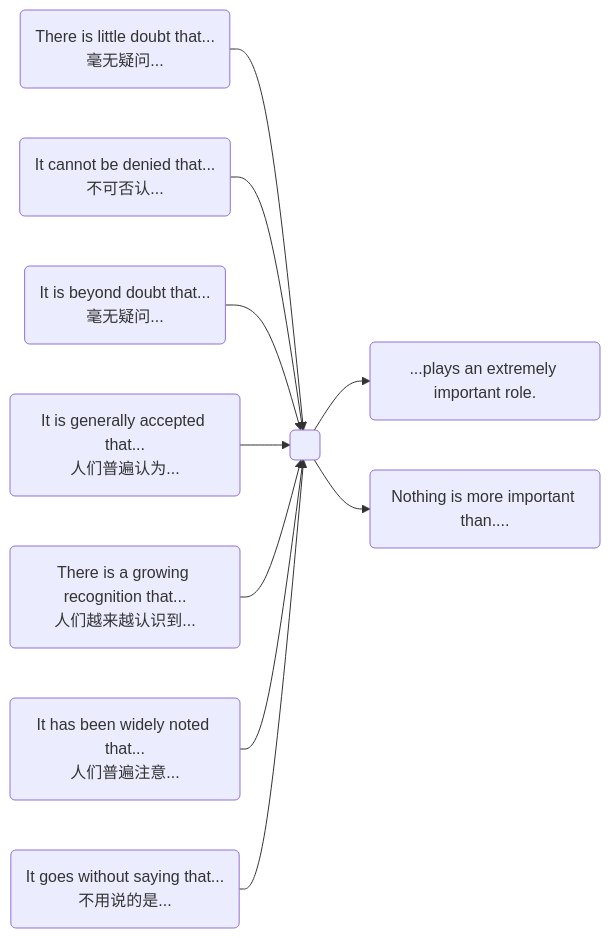
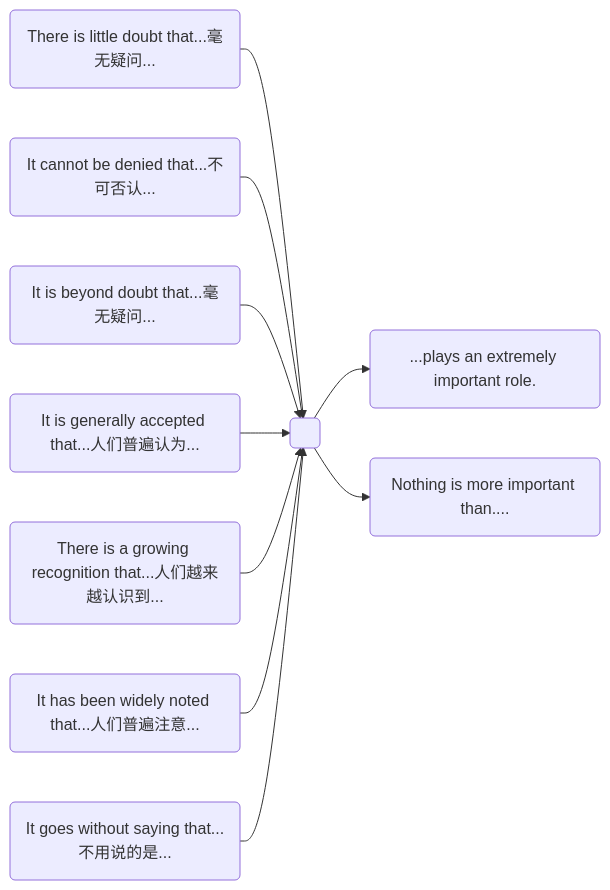
The first of 7 diagrams in 六级.md (simoonp/little-project), drawn with Mermaid before and after one commit. The commit also changed other lines of this file, not shown here.

````diff
--- a/六级.md
+++ b/六级.md
@@ -31,12 +31,12 @@
 ```mermaid
 graph LR;
-A1(There is little doubt that...<br>毫无疑问...)-->B( )
-A2(It cannot be denied that...<br>不可否认...)-->B
-A3(It is beyond doubt that...<br>毫无疑问...)-->B
-A4(It is generally accepted that...<br>人们普遍认为...)-->B
-A5(There is a growing recognition that...<br>人们越来越认识到...)-->B
-A6(It has been widely noted that...<br>人们普遍注意...)-->B
-A7(It goes without saying that...<br>不用说的是...)-->B
+A1(There is little doubt that...毫无疑问...)-->B( )
+A2(It cannot be denied that...不可否认...)-->B
+A3(It is beyond doubt that...毫无疑问...)-->B
+A4(It is generally accepted that...人们普遍认为...)-->B
+A5(There is a growing recognition that...人们越来越认识到...)-->B
+A6(It has been widely noted that...人们普遍注意...)-->B
+A7(It goes without saying that...不用说的是...)-->B
 B-->C1(...plays an extremely important role.)
 B-->C2(Nothing is more important than....)
 ```
````
